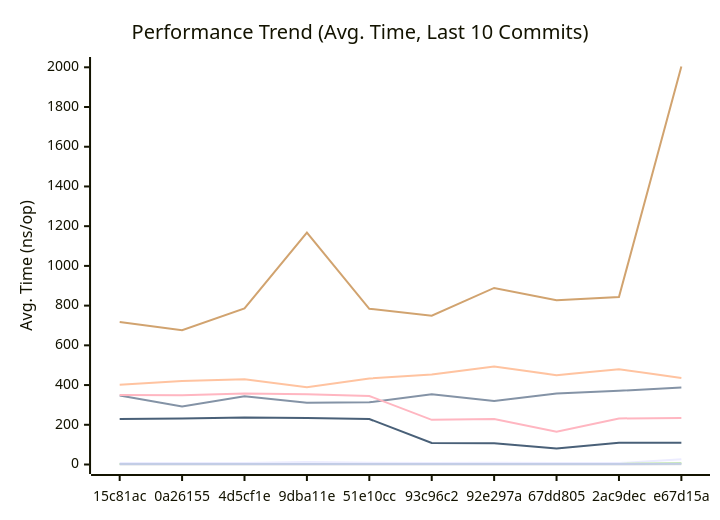
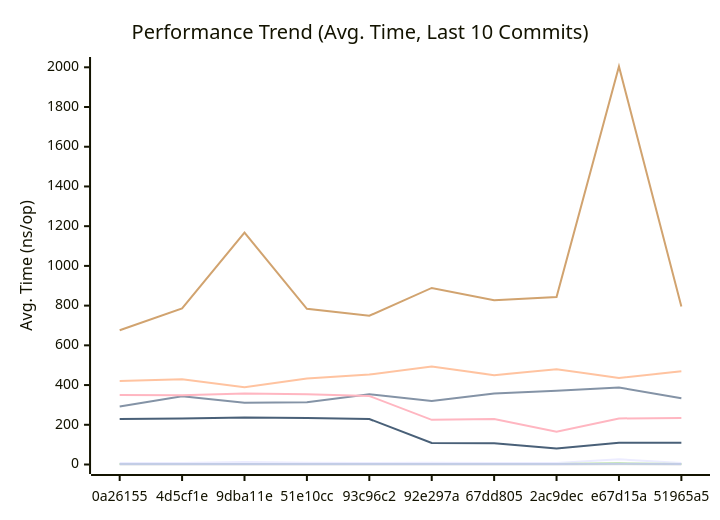
One commit to alsotoes/momo changed the first of 3 diagrams in docs/PERFORMANCE.md. Above: the diagram before and after it, drawn with Mermaid. The commit also changed other lines of this file and 5 other files, not shown here.

````diff
--- a/docs/PERFORMANCE.md
+++ b/docs/PERFORMANCE.md
@@ -80,16 +80,16 @@
 ```mermaid
 xychart-beta
     title "Performance Trend (Avg. Time, Last 10 Commits)"
     x-axis "Commit"
     y-axis "Avg. Time (ns/op)"
-    x-axis [15c81ac,0a26155,4d5cf1e,9dba11e,51e10cc,93c96c2,92e297a,67dd805,2ac9dec,e67d15a]
-    line "CheckMetricsAndSwap" [7,7,8,13,9,7,9,8,7,26]
-    line "CrushOptimized" [347,292,343,311,313,354,320,357,371,388]
-    line "CrushOriginal" [402,421,429,389,433,453,493,450,480,436]
-    line "IndexDirectTracking" [0,0,0,0,0,0,0,0,0,1]
-    line "IndexSearch" [3,3,3,3,3,3,3,3,3,6]
-    line "LoadGlobalConfig" [717,676,786,1168,784,749,889,827,843,2004]
-    line "PadString" [2,2,2,2,2,2,2,2,2,4]
+    x-axis [0a26155,4d5cf1e,9dba11e,51e10cc,93c96c2,92e297a,67dd805,2ac9dec,e67d15a,51965a5]
+    line "CheckMetricsAndSwap" [7,8,13,9,7,9,8,7,26,8]
+    line "CrushOptimized" [292,343,311,313,354,320,357,371,388,334]
+    line "CrushOriginal" [421,429,389,433,453,493,450,480,436,469]
+    line "IndexDirectTracking" [0,0,0,0,0,0,0,0,1,0]
+    line "IndexSearch" [3,3,3,3,3,3,3,3,6,3]
+    line "LoadGlobalConfig" [676,786,1168,784,749,889,827,843,2004,796]
+    line "PadString" [2,2,2,2,2,2,2,2,4,2]
     line "ParseReplicationOrder_NoPrealloc" [350,349,357,354,345,225,229,165,232,234]
     line "ParseReplicationOrder_Prealloc" [229,231,237,234,229,108,107,80,110,109]
 ```
````
